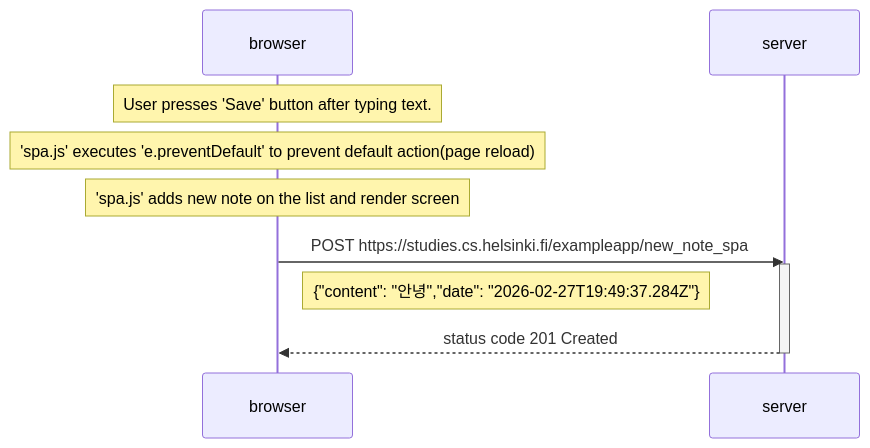
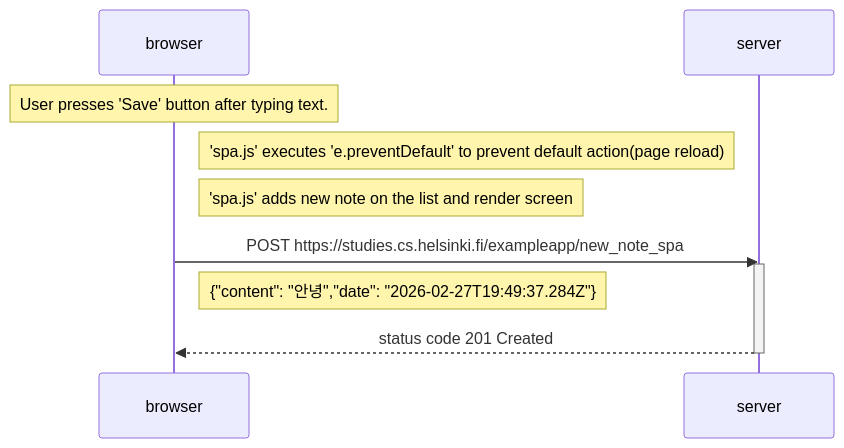
One commit to wayggstar/FullstackOpen-MOOC changed the diagram in part0/Single-Page-App-Diagram.md. Above: the diagram before and after it, drawn with Mermaid.

````diff
--- a/part0/Single-Page-App-Diagram.md
+++ b/part0/Single-Page-App-Diagram.md
@@ -1,16 +1,16 @@
 ```mermaid
 sequenceDiagram
     participant browser
     participant server
 
     Note over browser: User presses 'Save' button after typing text.
 
-    Note over browser: 'spa.js' executes 'e.preventDefault' to prevent default action(page reload)
-    Note over browser: 'spa.js' adds new note on the list and render screen
+    Note right of browser: 'spa.js' executes 'e.preventDefault' to prevent default action(page reload)
+    Note right of browser: 'spa.js' adds new note on the list and render screen
 
     browser->>server: POST https://studies.cs.helsinki.fi/exampleapp/new_note_spa
     activate server
     Note right of browser: {"content": "안녕","date": "2026-02-27T19:49:37.284Z"}
     server-->>browser: status code 201 Created
     deactivate server
 ```
````
